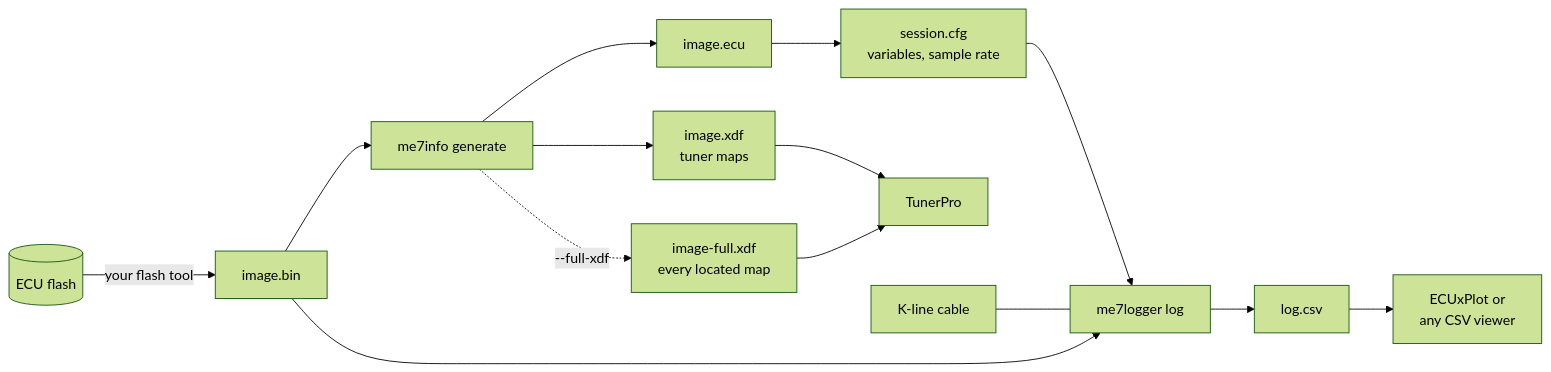
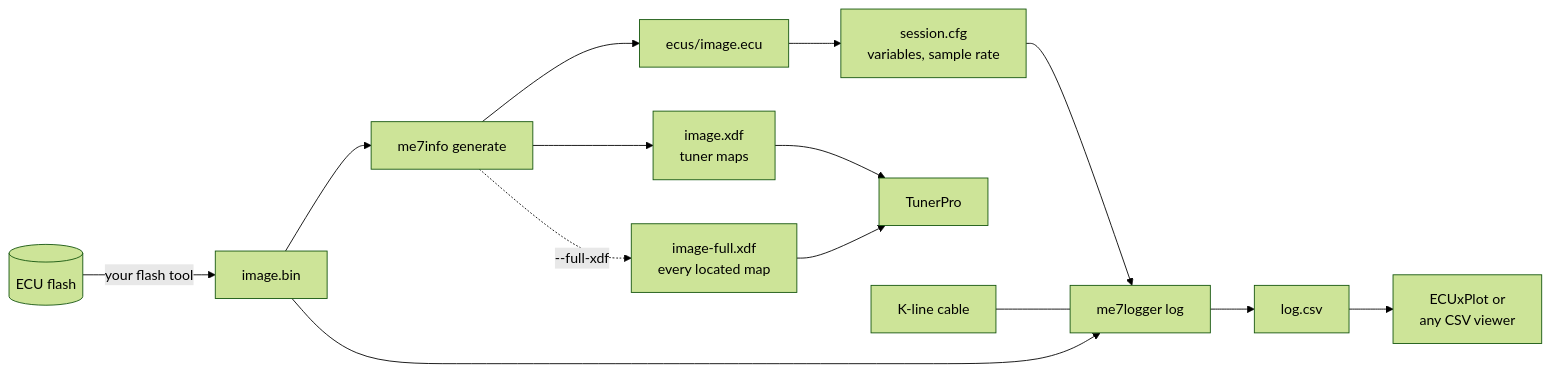
Before and after one commit to nyetlabs/me7-logger: the first of 4 diagrams in README.md, drawn with Mermaid (forest theme). The commit also changed other lines of this file and 3 other files, not shown here.

First line of the commit message:
feat: default the ecu file to ecus/

````diff
--- a/README.md
+++ b/README.md
@@ -16,16 +16,16 @@
 ```mermaid
 flowchart LR
   ecu[(ECU flash)] -->|your flash tool| bin[image.bin]
   bin --> gen["me7info generate"]
-  gen --> ecufile[image.ecu]
+  gen --> ecufile[ecus/image.ecu]
   gen --> xdf["image.xdf<br/>tuner maps"]
   gen -.->|--full-xdf| full["image-full.xdf<br/>every located map"]
   xdf --> tp[TunerPro]
   full --> tp
   ecufile --> cfg["session.cfg<br/>variables, sample rate"]
   bin --> log["me7logger log"]
   cfg --> log
   cable[K-line cable] --- log
   log --> csv[log.csv]
   csv --> plot["ECUxPlot or<br/>any CSV viewer"]
 ```
````
